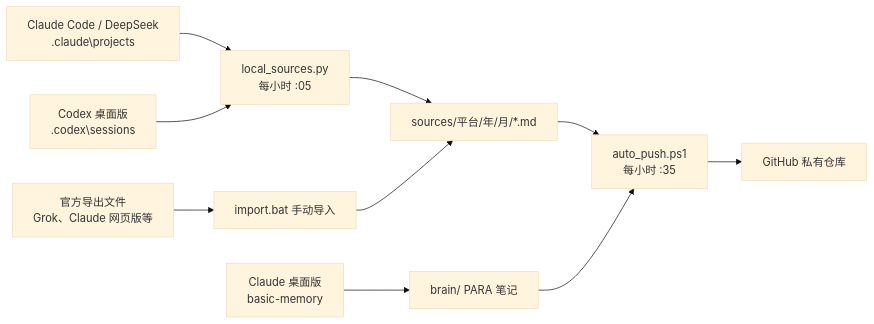
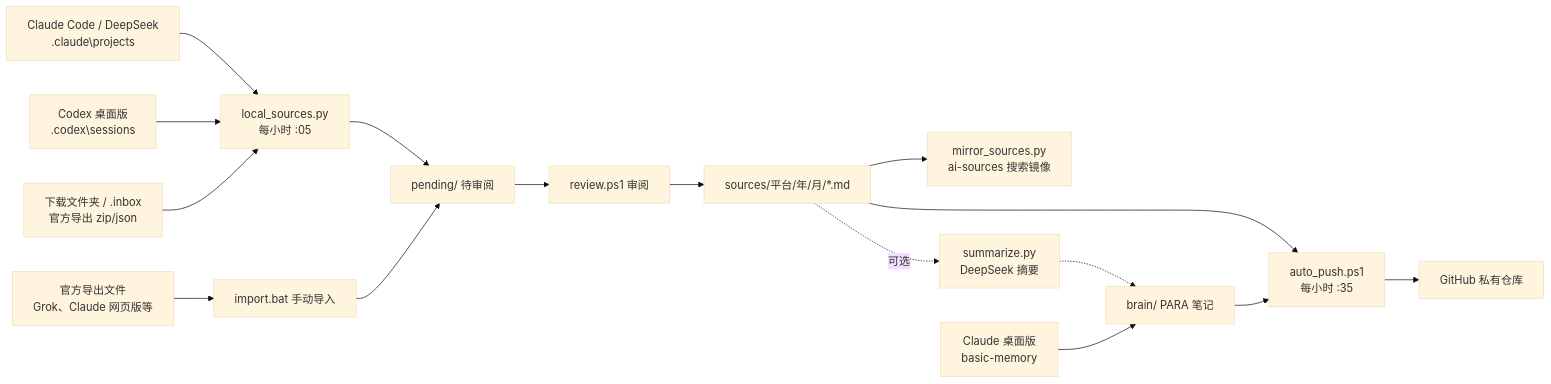
Before and after one commit to foreverontoplife-spec/ai-knowledge-oss: the diagram in README.md, drawn with Mermaid (base theme). The commit also changed other lines of this file and 10 other files, not shown here.

Commit message:
Port export pickup, pending review flow, search mirror and optional summaries

````diff
--- a/README.md
+++ b/README.md
@@ -24,12 +24,18 @@
 ```mermaid
 flowchart LR
   A["Claude Code / DeepSeek<br>.claude\projects"] --> P["local_sources.py<br>每小时 :05"]
   B["Codex 桌面版<br>.codex\sessions"] --> P
   E["官方导出文件<br>Grok、Claude 网页版等"] --> I["import.bat 手动导入"]
-  P --> S["sources/平台/年/月/*.md"]
-  I --> S
+  X["下载文件夹 / .inbox<br>官方导出 zip/json"] --> P
+  P --> Q["pending/ 待审阅"]
+  I --> Q
+  Q --> R["review.ps1 审阅"]
+  R --> S["sources/平台/年/月/*.md"]
+  S --> N["mirror_sources.py<br>ai-sources 搜索镜像"]
+  S -. 可选 .-> D["summarize.py<br>DeepSeek 摘要"]
+  D -.-> M
   C["Claude 桌面版<br>basic-memory"] --> M["brain/ PARA 笔记"]
   S --> G["auto_push.ps1<br>每小时 :35"]
   M --> G
   G --> H["GitHub 私有仓库"]
 ```
````
